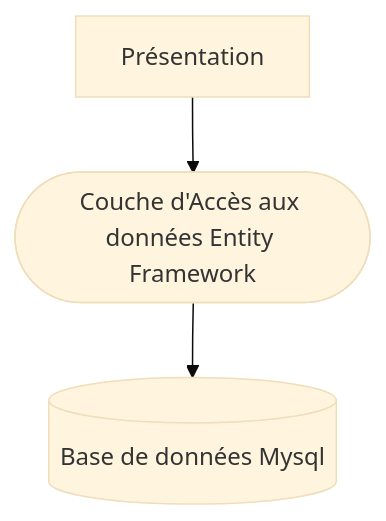
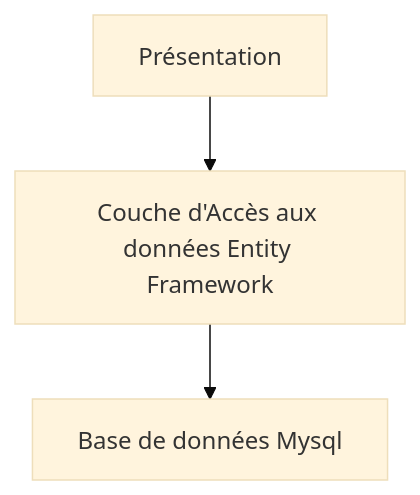
Before and after one commit to chchabin/11tyLab: the second of 2 diagrams in src/docs/tp-et-missions/tp-csharp/autoecole.md, drawn with Mermaid (base theme). The commit also changed other lines of this file and 35 other files, not shown here.

````diff
--- a/src/docs/tp-et-missions/tp-csharp/autoecole.md
+++ b/src/docs/tp-et-missions/tp-csharp/autoecole.md
@@ -52,5 +54,5 @@
 ```mermaid
-flowchart  TD
-    id3[Présentation]-->id2([Couche d'Accès aux données Entity Framework]);
-    id2-->id1[(Base de données Mysql)];
+graph TD
+    A[Présentation] --> B[Couche d'Accès aux données Entity Framework]
+    B --> C[Base de données Mysql]
 ```
````
